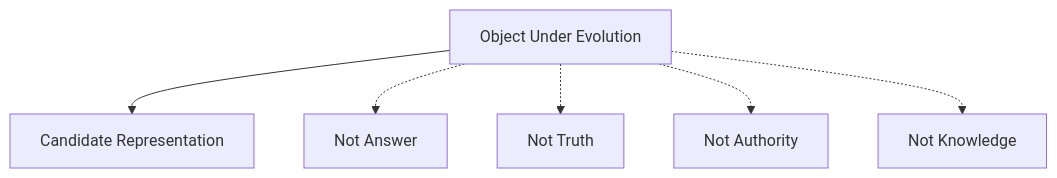
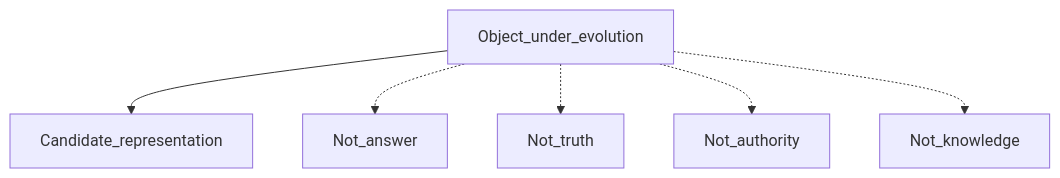
One commit to egallmann/ste-handbook changed the second of 2 diagrams in 14-research/research/mvc/02-methodology/experimental-apparatus.md. Above: the diagram before and after it, drawn with Mermaid. The commit also changed other lines of this file and 9 other files, not shown here.

````diff
--- a/14-research/research/mvc/02-methodology/experimental-apparatus.md
+++ b/14-research/research/mvc/02-methodology/experimental-apparatus.md
@@ -178,15 +223,15 @@
 ```mermaid
 flowchart TD
-  Evolves[Object Under Evolution]
-  Candidate[Candidate Representation]
-  NotAnswer[Not Answer]
-  NotTruth[Not Truth]
-  NotAuthority[Not Authority]
-  NotKnowledge[Not Knowledge]
+  Evolves[Object_under_evolution]
+  Candidate[Candidate_representation]
+  NotAnswer[Not_answer]
+  NotTruth[Not_truth]
+  NotAuthority[Not_authority]
+  NotKnowledge[Not_knowledge]
 
   Evolves --> Candidate
   Evolves -.-> NotAnswer
   Evolves -.-> NotTruth
   Evolves -.-> NotAuthority
   Evolves -.-> NotKnowledge
 ```
````
